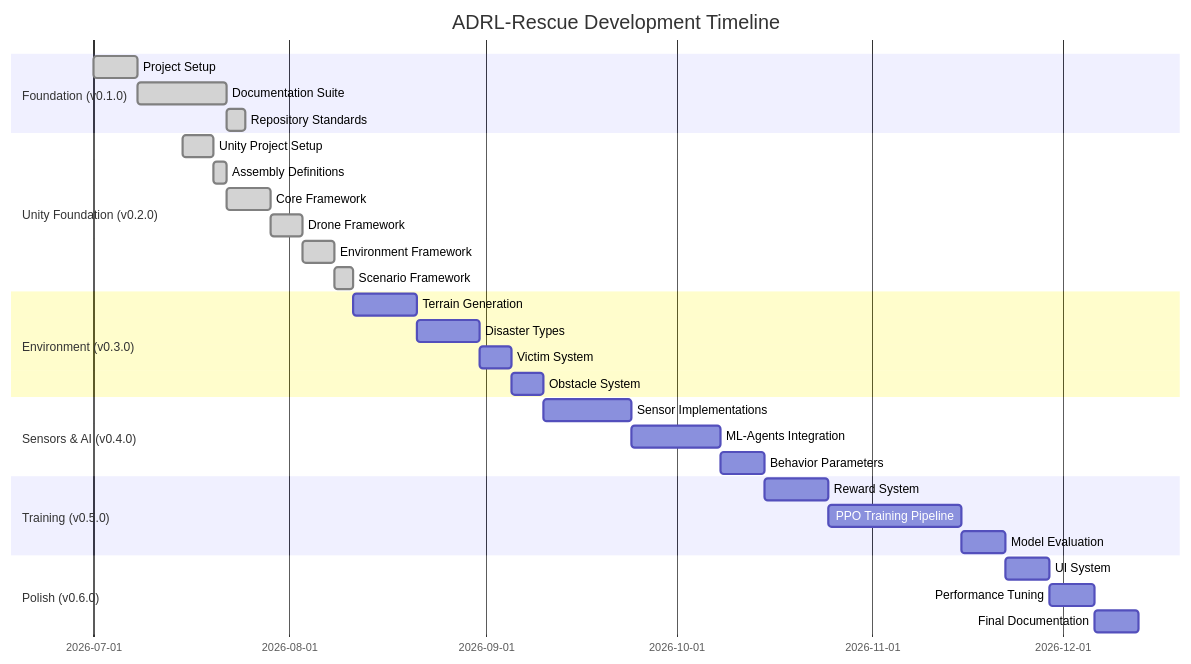
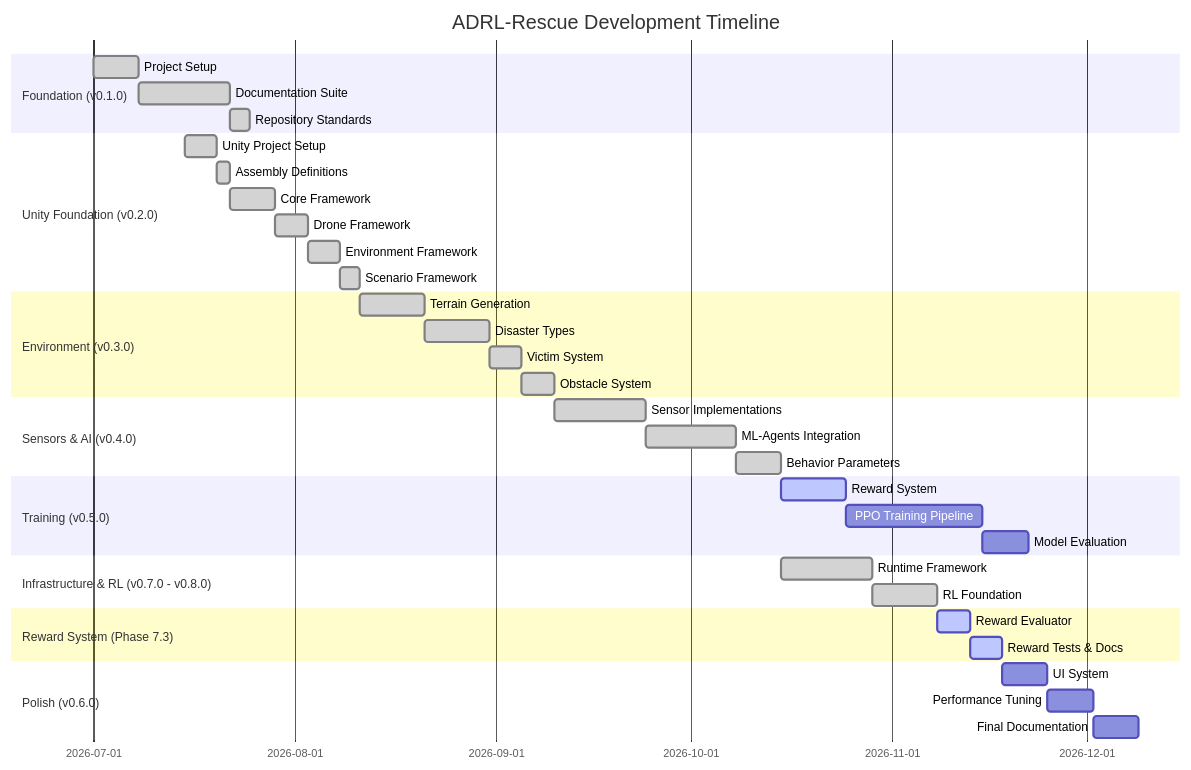
Before and after one commit to NihaalGharat/ADRL-Rescue: the diagram in Documentation/04_DEVELOPMENT_ROADMAP.md, drawn with Mermaid. The commit also changed other lines of this file and 51 other files, not shown here.

First line of the commit message:
feat(rewards): complete Phase 7.3 reward system and validation

````diff
--- a/Documentation/04_DEVELOPMENT_ROADMAP.md
+++ b/Documentation/04_DEVELOPMENT_ROADMAP.md
@@ -15,39 +15,47 @@
 ```mermaid
 gantt
     title ADRL-Rescue Development Timeline
     dateFormat  YYYY-MM-DD
     
     section Foundation (v0.1.0)
     Project Setup           :done, p1a, 2026-07-01, 7d
     Documentation Suite     :done, p1b, after p1a, 14d
     Repository Standards    :done, p1c, after p1b, 3d
     
     section Unity Foundation (v0.2.0)
     Unity Project Setup     :done, p2a, 2026-07-15, 5d
     Assembly Definitions    :done, p2b, after p2a, 2d
     Core Framework          :done, p2c, after p2b, 7d
     Drone Framework         :done, p2d, after p2c, 5d
     Environment Framework   :done, p2e, after p2d, 5d
     Scenario Framework      :done, p2f, after p2e, 3d
     
     section Environment (v0.3.0)
-    Terrain Generation      :p3a, after p2f, 10d
-    Disaster Types          :p3b, after p3a, 10d
-    Victim System           :p3c, after p3b, 5d
-    Obstacle System         :p3d, after p3c, 5d
+    Terrain Generation      :done, p3a, after p2f, 10d
+    Disaster Types          :done, p3b, after p3a, 10d
+    Victim System           :done, p3c, after p3b, 5d
+    Obstacle System         :done, p3d, after p3c, 5d
     
     section Sensors & AI (v0.4.0)
-    Sensor Implementations  :p4a, after p3d, 14d
-    ML-Agents Integration   :p4b, after p4a, 14d
-    Behavior Parameters     :p4c, after p4b, 7d
+    Sensor Implementations  :done, p4a, after p3d, 14d
+    ML-Agents Integration   :done, p4b, after p4a, 14d
+    Behavior Parameters     :done, p4c, after p4b, 7d
     
     section Training (v0.5.0)
-    Reward System           :p5a, after p4c, 10d
+    Reward System           :active, p5a, after p4c, 10d
     PPO Training Pipeline   :p5b, after p5a, 21d
     Model Evaluation        :p5c, after p5b, 7d
     
+    section Infrastructure & RL (v0.7.0 - v0.8.0)
+    Runtime Framework       :done, p7a, after p4c, 14d
+    RL Foundation           :done, p7b, after p7a, 10d
+    
+    section Reward System (Phase 7.3)
+    Reward Evaluator        :active, p73, after p7b, 5d
+    Reward Tests & Docs     :active, p74, after p73, 5d
+    
     section Polish (v0.6.0)
-    UI System               :p6a, after p5c, 7d
+    UI System               :p6a, after p74, 7d
     Performance Tuning      :p6b, after p6a, 7d
     Final Documentation     :p6c, after p6b, 7d
 ```
````
